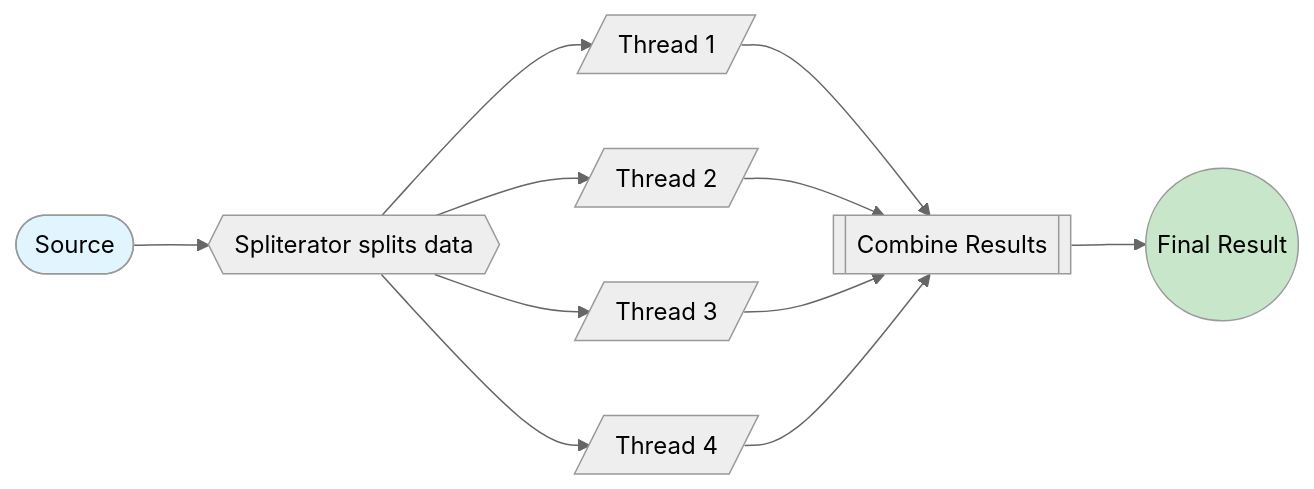
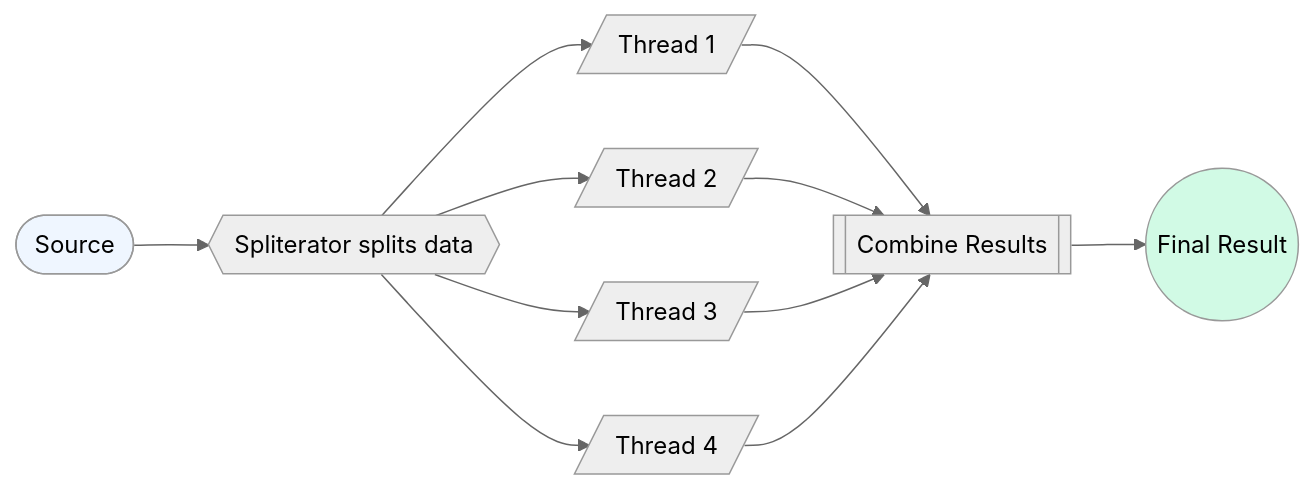
Before and after one commit to saivamsikaruturi/vamsilabs-dev-notes-main: the fourth of 4 diagrams in docs/java/FunctionalProgramming.md, drawn with Mermaid (neutral theme). The commit also changed other lines of this file and 220 other files, not shown here.

First line of the commit message:
Add 50+ new Java/Spring Boot pages, rewrite CSS code blocks to Oracle style, fix all diagram colors

````diff
--- a/docs/java/FunctionalProgramming.md
+++ b/docs/java/FunctionalProgramming.md
@@ -357,9 +367,9 @@
 ```mermaid
 flowchart LR
     S(["Source"]) --> SP{{"Spliterator splits data"}}
     SP --> T1[/"Thread 1"/] & T2[/"Thread 2"/] & T3[/"Thread 3"/] & T4[/"Thread 4"/]
     T1 & T2 & T3 & T4 --> CM[["Combine Results"]]
     CM --> R(("Final Result"))
-    style S fill:#e1f5fe
-    style R fill:#c8e6c9
+    style S fill:#EFF6FF
+    style R fill:#D1FAE5
 ```
````
